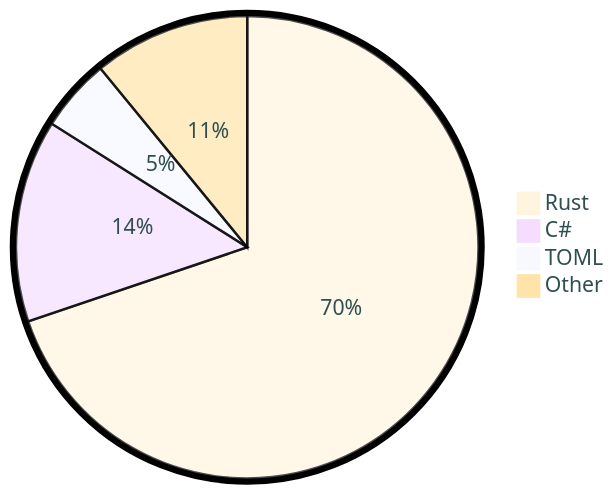
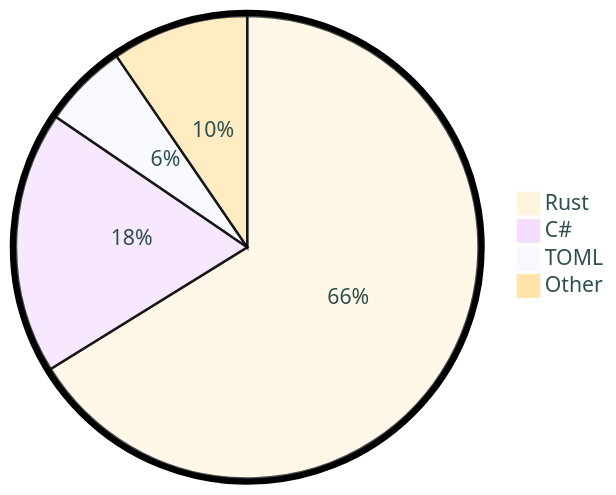
One commit to tot0p/tot0p changed the diagram in README.md. Above: the diagram before and after it, drawn with Mermaid. The commit also changed other lines of this file, not shown here.

````diff
--- a/README.md
+++ b/README.md
@@ -84,8 +77,8 @@
 ```mermaid
 %%{init: {"pie": {"textPosition": 0.5}, "themeVariables": {"pieOuterStrokeWidth": "5px","primaryTextColor" : "#2F4F4F"},"theme":"base"} }%%
 pie
-	"Rust": 69.81
-	"C#": 14.16
-	"TOML": 5.09
-	"Other": 10.94
+	"Rust": 66.16
+	"C#": 18.34
+	"TOML": 5.93
+	"Other": 9.55
 ```
````
